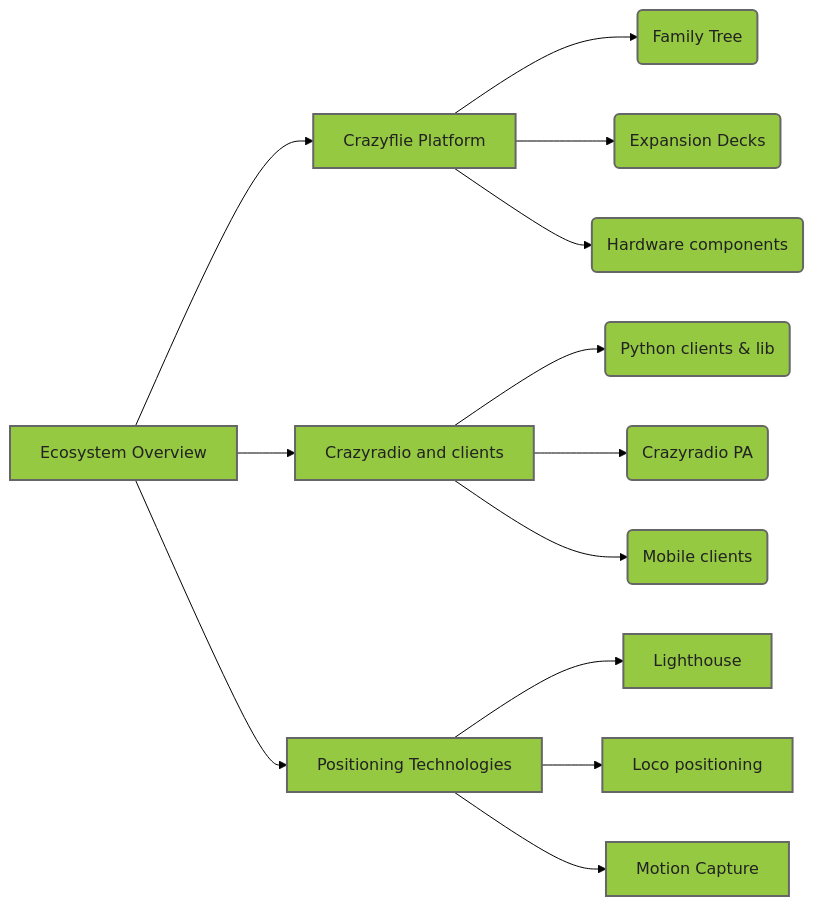
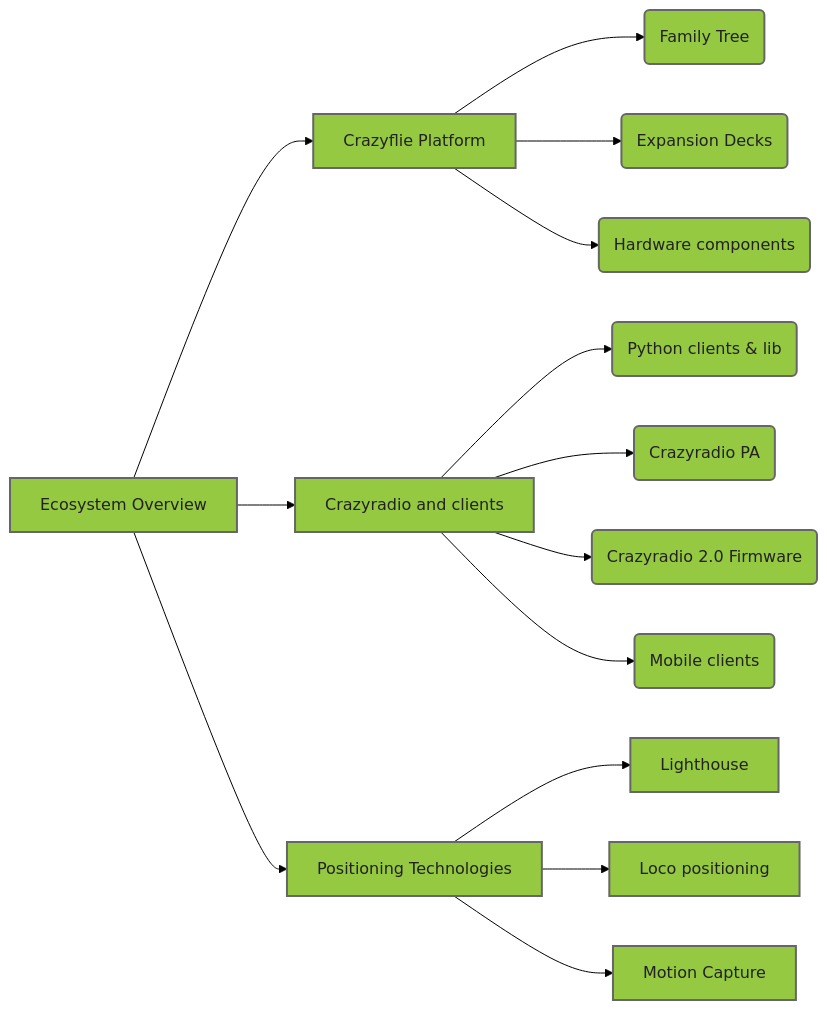
One commit to bitcraze/bitcraze-website changed the second of 3 diagrams in src/documentation/system/doc_nav.md. Above: the diagram before and after it, drawn with Mermaid (forest theme). The commit also changed other lines of this file and 17 other files, not shown here.

```diff
--- a/src/documentation/system/doc_nav.md
+++ b/src/documentation/system/doc_nav.md
@@ -29,27 +29,28 @@
 <div class="mermaid">
 graph LR
 ecosystem[Ecosystem Overview]:::bc --> platform[Crazyflie Platform]:::bc
 ecosystem --> clients[Crazyradio and clients]:::bc
 ecosystem --> positioning[Positioning Technologies]:::bc
 
 platform --> tree(Family Tree):::bc
 platform --> decks(Expansion Decks):::bc
 platform --> components(Hardware components):::bc
 
 clients --> pcclients(Python clients & lib):::bc
 clients --> crpa(Crazyradio PA):::bc
+clients --> cr20(Crazyradio 2.0 Firmware):::bc
 clients --> mobile(Mobile clients):::bc
 
 positioning --> lighthouse[Lighthouse]:::bc
 positioning --> loco[Loco positioning]:::bc
 positioning --> mocap[Motion Capture]:::bc
 
 click ecosystem href "/documentation/system/"
 click platform href "/documentation/system/platform/"
 click clients href "/documentation/system/client-and-library/"
 click positioning href "/documentation/system/positioning/"
 click lighthouse href "/documentation/system/positioning/ligthouse-positioning-system/"
 click loco href "/documentation/system/positioning/loco-positioning-system/"
 click mocap href "/documentation/system/positioning/mocap-positioning/"
 classDef bc fill:#95C941,stroke:#666666,stroke-width:2px,color:#222222;
 </div>
```
